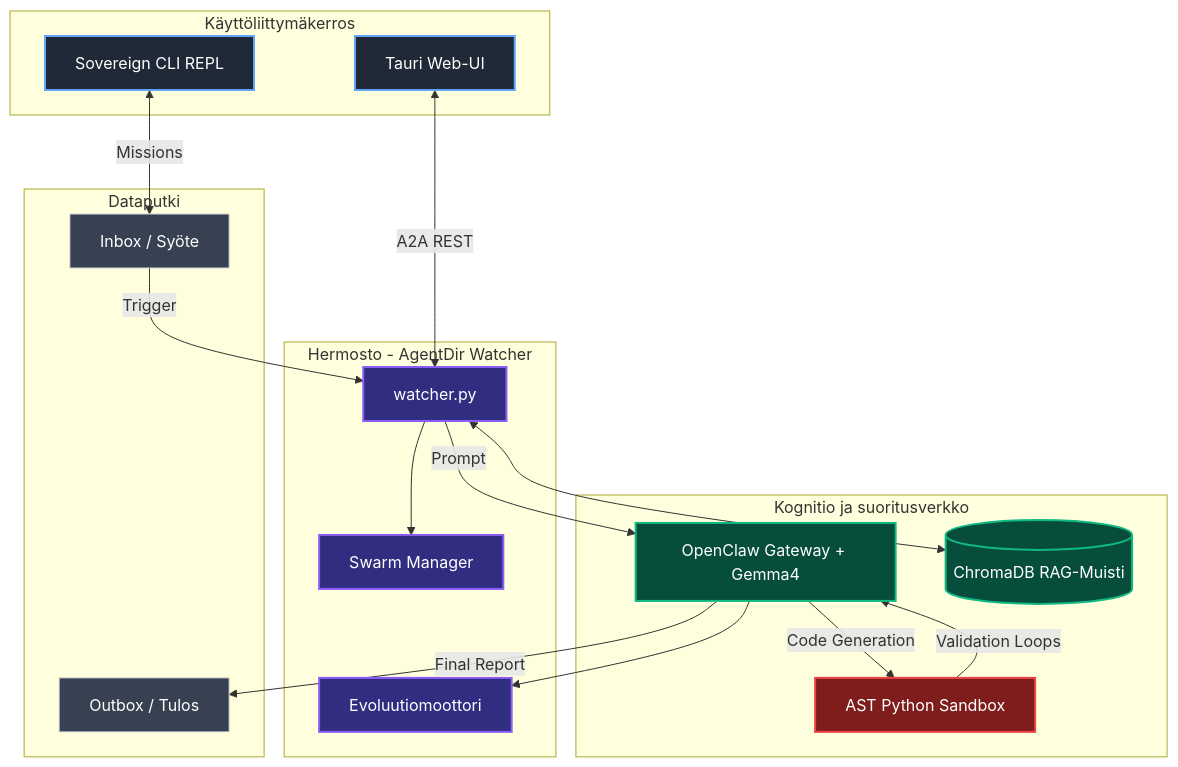
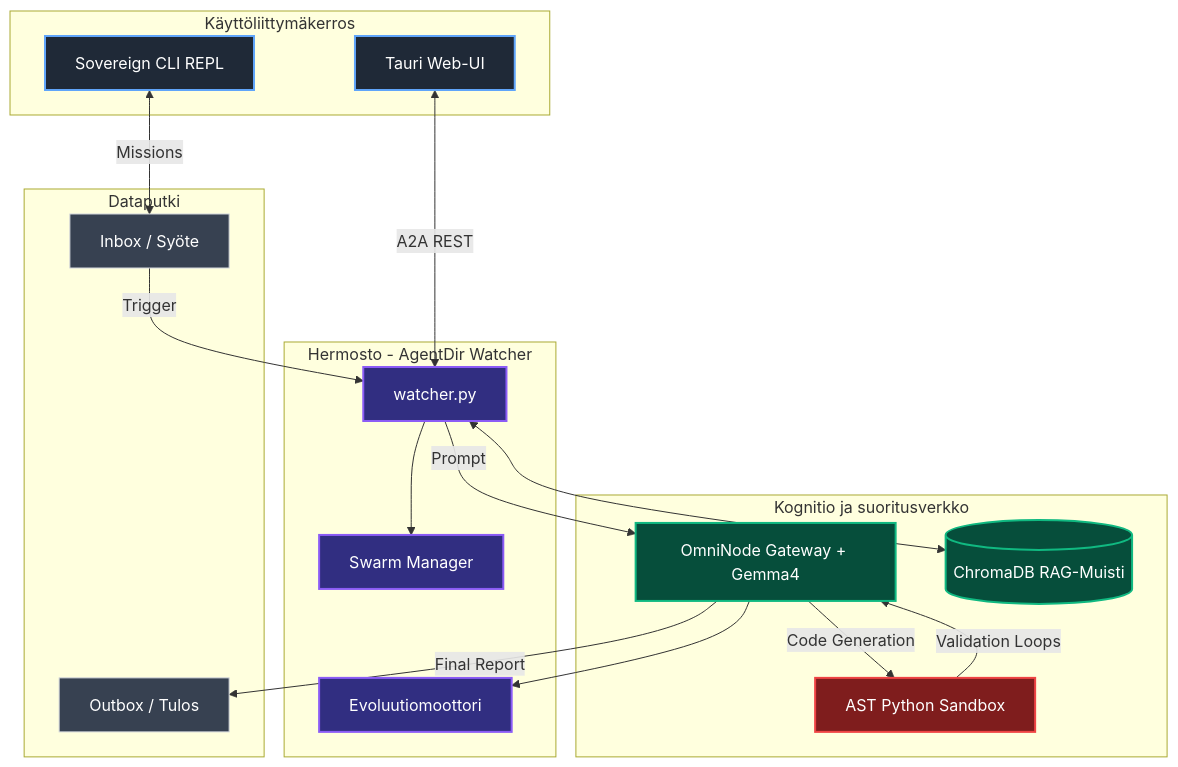
Before and after one commit to harleysederholm-alt/AgentDir: the diagram in docs/AGENTDIR_LIVE_CONTEXT.md, drawn with Mermaid. The commit also changed other lines of this file and 53 other files, not shown here.

````diff
--- a/docs/AGENTDIR_LIVE_CONTEXT.md
+++ b/docs/AGENTDIR_LIVE_CONTEXT.md
@@ -93,41 +93,41 @@
 ```mermaid
 graph TD
     classDef ui fill:#1F2937,stroke:#60A5FA,stroke-width:2px,color:#fff
     classDef core fill:#312E81,stroke:#8B5CF6,stroke-width:2px,color:#fff
     classDef mem fill:#064E3B,stroke:#10B981,stroke-width:2px,color:#fff
     classDef exe fill:#7F1D1D,stroke:#EF4444,stroke-width:2px,color:#fff
     classDef data fill:#374151,stroke:#D1D5DB,stroke-width:1px,color:#fff
 
     subgraph UI["Käyttöliittymäkerros"]
         T[Tauri Web-UI]:::ui
         CLI[Sovereign CLI REPL]:::ui
     end
 
     subgraph PIPE["Dataputki"]
         IN[Inbox / Syöte]:::data
         OUT[Outbox / Tulos]:::data
     end
 
     subgraph SPARK["Hermosto - AgentDir Watcher"]
         W[watcher.py]:::core
         Evo[Evoluutiomoottori]:::core
         Swarm[Swarm Manager]:::core
     end
 
     subgraph COGNET["Kognitio ja suoritusverkko"]
-        LLM[OpenClaw Gateway + Gemma4]:::mem
+        LLM[OmniNode Gateway + Gemma4]:::mem
         RAG[(ChromaDB RAG-Muisti)]:::mem
         AST[AST Python Sandbox]:::exe
     end
 
     T <-->|A2A REST| W
     CLI <-->|Missions| IN
     IN -->|Trigger| W
     W <--> RAG
     W -->|Prompt| LLM
     LLM -->|Code Generation| AST
     AST -->|Validation Loops| LLM
     LLM -->|Final Report| OUT
     LLM --> Evo
     W --> Swarm
 ```
````
